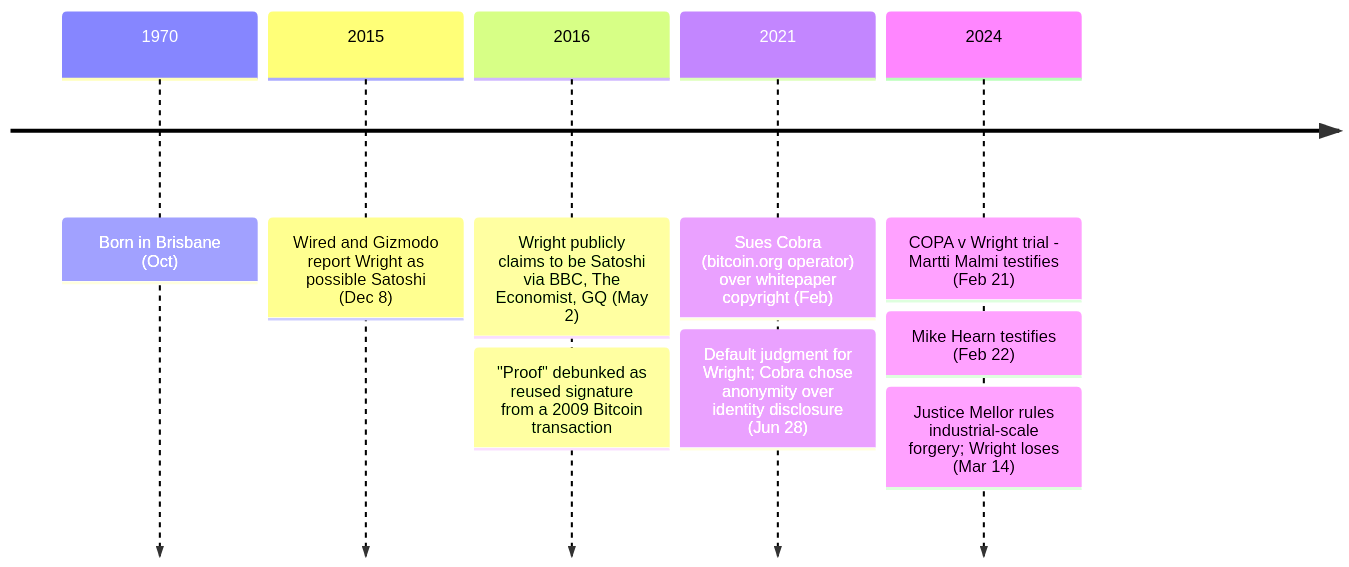
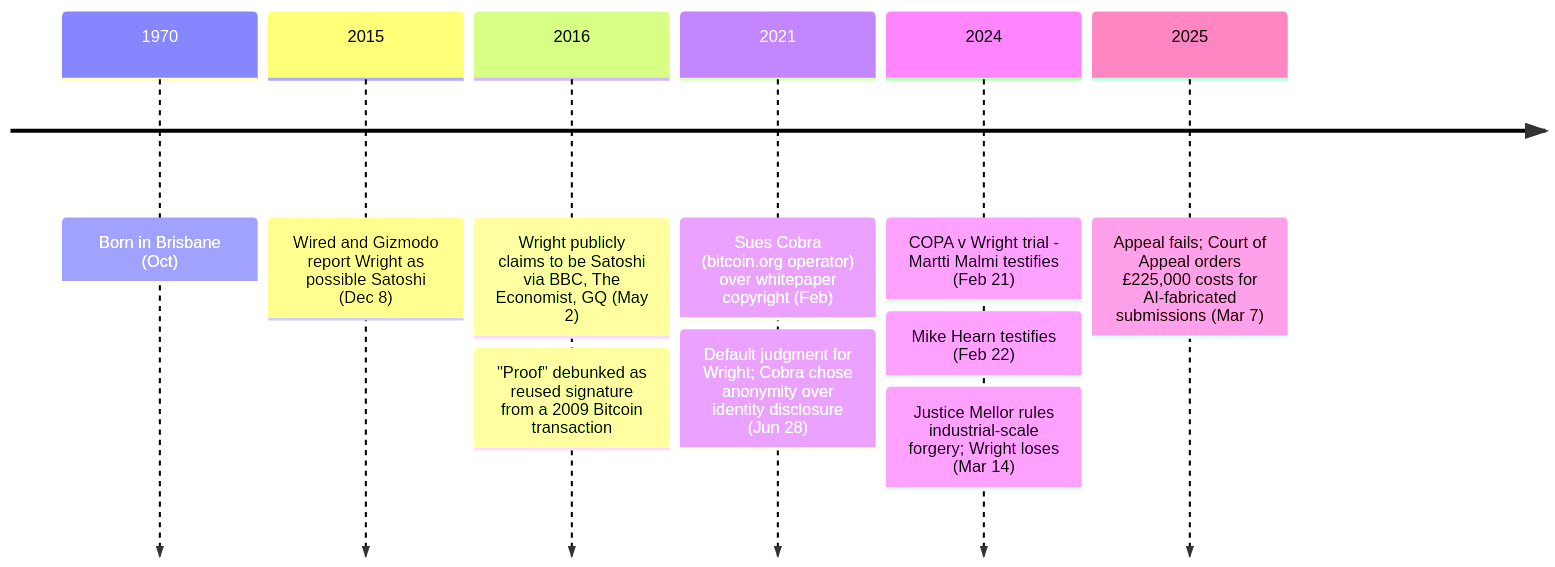
One commit to cypher256/BitcoinArchive changed the diagram in src/data/entries/en/aftermath/2016-05-02-craig-wright-biography.md. Above: the diagram before and after it, drawn with Mermaid. The commit also changed other lines of this file and 1 other file, not shown here.

First line of the commit message:
Craig Wright bio: add 2025 Court of Appeal AI-costs coda (EN+JA)

````diff
--- a/src/data/entries/en/aftermath/2016-05-02-craig-wright-biography.md
+++ b/src/data/entries/en/aftermath/2016-05-02-craig-wright-biography.md
@@ -56,18 +58,19 @@
 ```mermaid
 timeline
     1970 : Born in Brisbane (Oct)
     2015 : Wired and Gizmodo report Wright as possible Satoshi (Dec 8)
     %% link: /BitcoinArchive/entries/aftermath/2015-12-08-wired-gizmodo-craig-wright-claims/
     2016 : Wright publicly claims to be Satoshi via BBC, The Economist, GQ (May 2)
     %% link: /BitcoinArchive/entries/aftermath/2016-05-02-craig-wright-bbc-economist-claim/
          : "Proof" debunked as reused signature from a 2009 Bitcoin transaction
     2021 : Sues Cobra (bitcoin.org operator) over whitepaper copyright (Feb)
          : Default judgment for Wright; Cobra chose anonymity over identity disclosure (Jun 28)
     %% link: /BitcoinArchive/entries/aftermath/2021-06-28-wright-v-cobra-whitepaper-lawsuit/
     2024 : COPA v Wright trial - Martti Malmi testifies (Feb 21)
     %% link: /BitcoinArchive/entries/aftermath/2024-02-21-copa-trial-malmi-testimony/
          : Mike Hearn testifies (Feb 22)
     %% link: /BitcoinArchive/entries/aftermath/2024-02-22-mike-hearn-copa-trial-testimony/
          : Justice Mellor rules industrial-scale forgery; Wright loses (Mar 14)
     %% link: /BitcoinArchive/entries/aftermath/2024-03-14-copa-v-wright-ruling/
+    2025 : Appeal fails; Court of Appeal orders £225,000 costs for AI-fabricated submissions (Mar 7)
 ```
````
